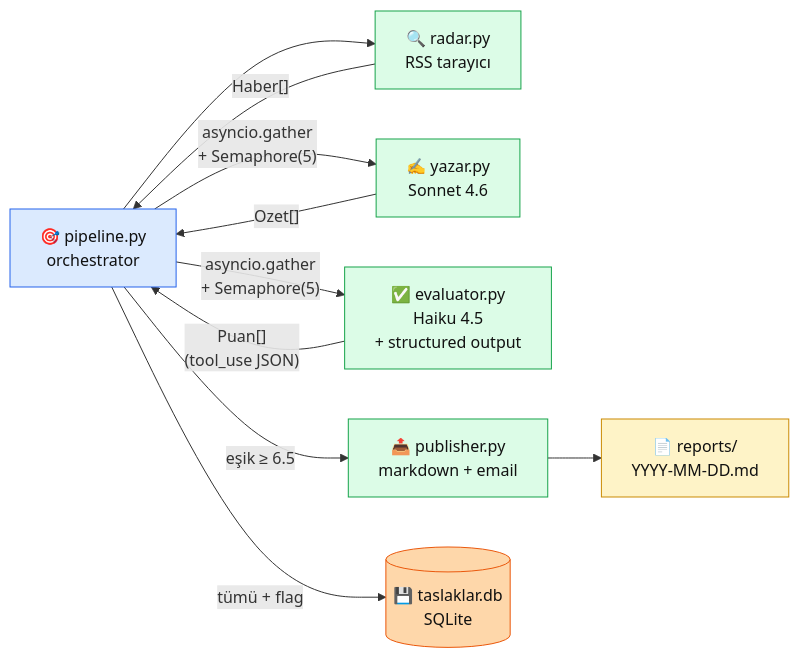
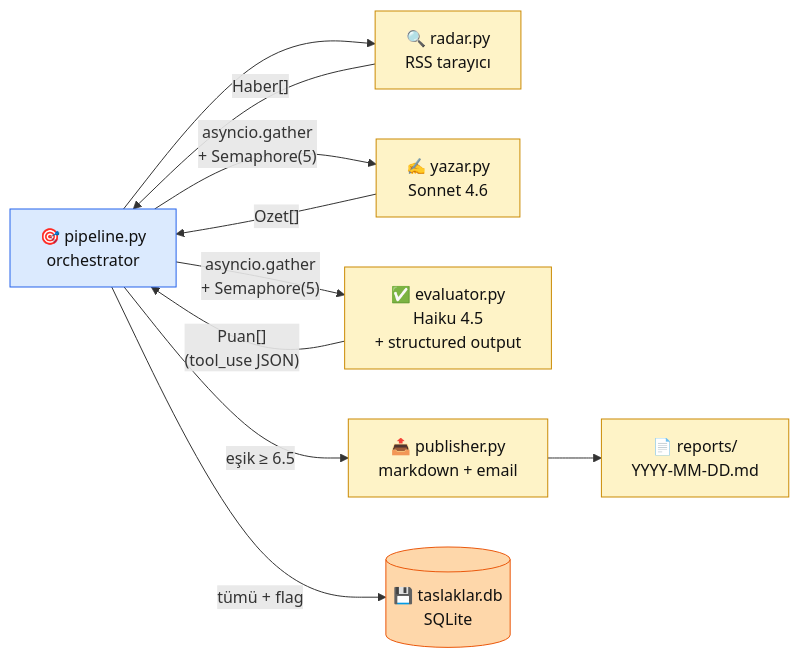
Before and after one commit to KemalG-u/muhendisal-platform: the diagram in docs/bolum-6/08-production.md, drawn with Mermaid. The commit also changed other lines of this file and 20 other files, not shown here.

````diff
--- a/docs/bolum-6/08-production.md
+++ b/docs/bolum-6/08-production.md
@@ -49,29 +50,29 @@
 ```mermaid
 flowchart LR
     CLI["🎯 pipeline.py\norchestrator"]
     RADAR["🔍 radar.py\nRSS tarayıcı"]
     YAZ["✍️ yazar.py\nSonnet 4.6"]
     EVAL["✅ evaluator.py\nHaiku 4.5\n+ structured output"]
     PUB["📤 publisher.py\nmarkdown + email"]
     DB[("💾 taslaklar.db\nSQLite")]
     RPT["📄 reports/\nYYYY-MM-DD.md"]
 
     CLI --> RADAR
     RADAR -->|"Haber[]"| CLI
     CLI -->|"asyncio.gather\n+ Semaphore(5)"| YAZ
     YAZ -->|"Ozet[]"| CLI
     CLI -->|"asyncio.gather\n+ Semaphore(5)"| EVAL
     EVAL -->|"Puan[]\n(tool_use JSON)"| CLI
     CLI -->|"eşik ≥ 6.5"| PUB
     PUB --> RPT
     CLI -->|"tümü + flag"| DB
 
     classDef orch fill:#dbeafe,stroke:#2563eb,color:#111
-    classDef agent fill:#dcfce7,stroke:#16a34a,color:#111
+    classDef agent fill:#fef3c7,stroke:#ca8a04,color:#111
     classDef out fill:#fef3c7,stroke:#ca8a04,color:#111
     classDef data fill:#fed7aa,stroke:#ea580c,color:#111
     class CLI orch
     class RADAR,YAZ,EVAL,PUB agent
     class RPT out
     class DB data
 ```
````
